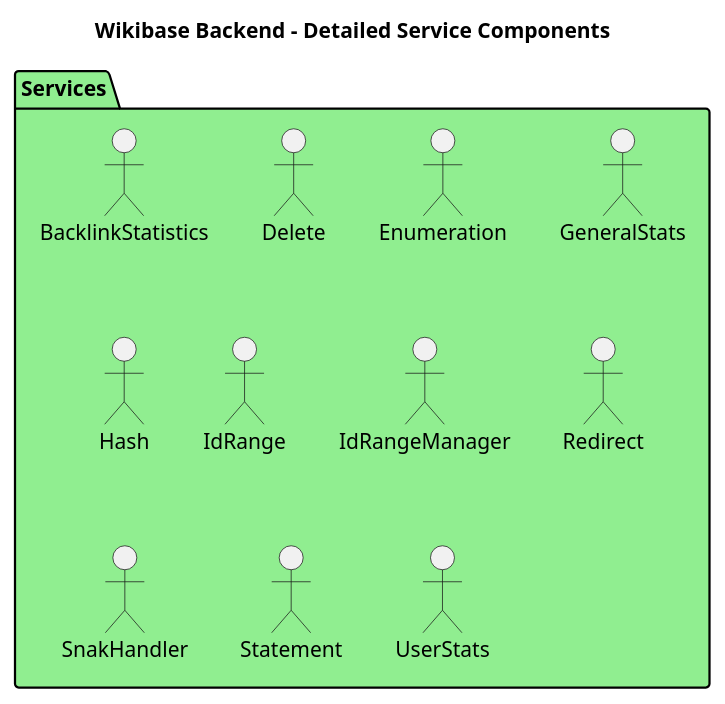
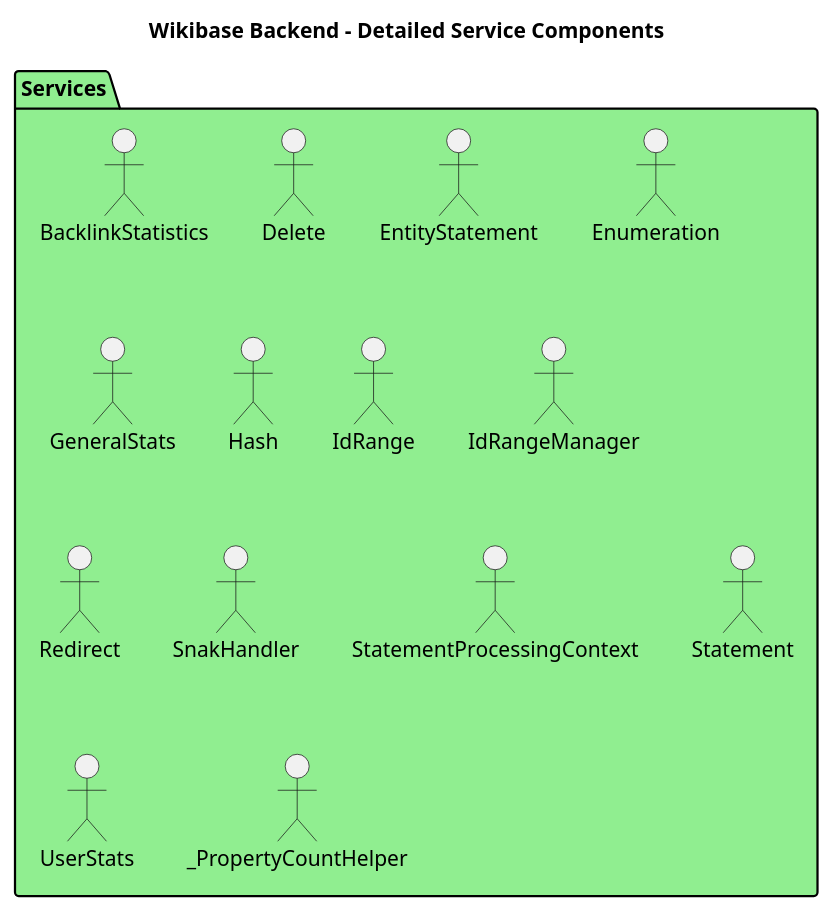
Before and after one commit to dpriskorn/entitybase-backend: the diagram in doc/DIAGRAMS/detailed_service_components.puml, drawn with PlantUML. The commit also changed 15 other files, not shown here.

```diff
--- a/doc/DIAGRAMS/detailed_service_components.puml
+++ b/doc/DIAGRAMS/detailed_service_components.puml
@@ -1,19 +1,22 @@
 @startuml Detailed Service Components
 
 title Wikibase Backend - Detailed Service Components
 
 package "Services" as Services #LightGreen {
     "BacklinkStatistics" as BacklinkStatisticsService
     "Delete" as DeleteService
+    "EntityStatement" as EntityStatementService
     "Enumeration" as EnumerationService
     "GeneralStats" as GeneralStatsService
     "Hash" as HashService
     "IdRange" as IdRange
     "IdRangeManager" as IdRangeManager
     "Redirect" as RedirectService
     "SnakHandler" as SnakHandler
+    "StatementProcessingContext" as StatementProcessingContext
     "Statement" as StatementService
     "UserStats" as UserStatsService
+    "_PropertyCountHelper" as _PropertyCountHelper
 }
 
 @enduml
```
